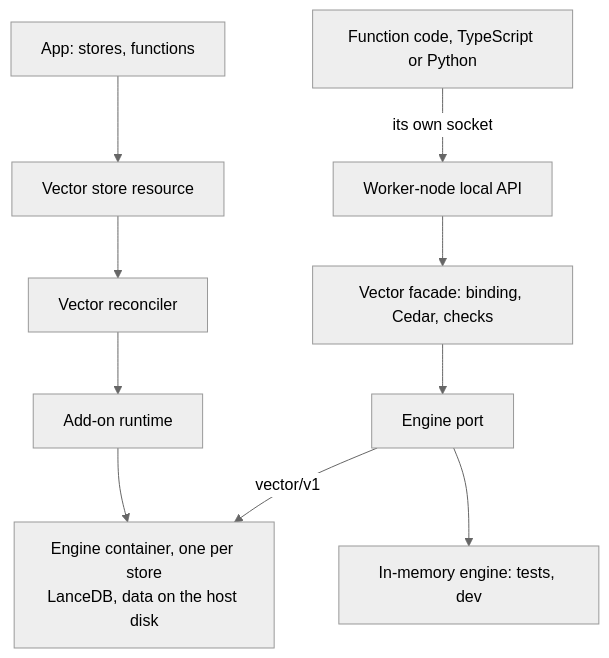
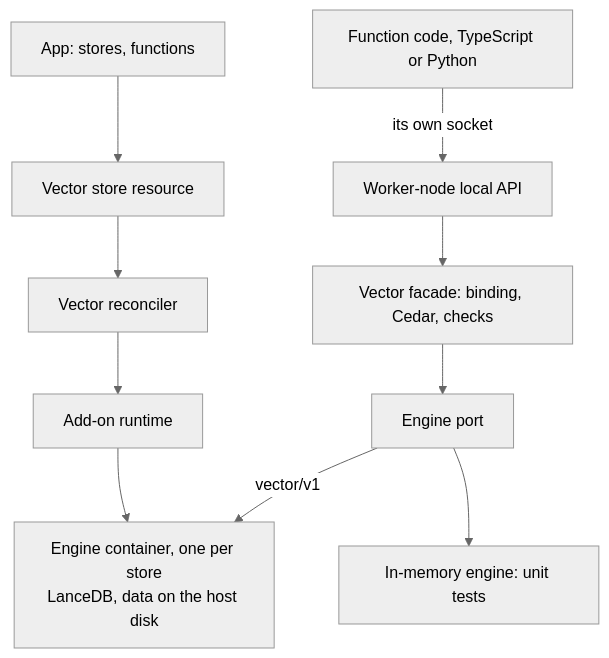
Before and after one commit to jay23606/funcd: the second of 2 diagrams in docs/feat/0013-feat-vector.md, drawn with Mermaid (neutral theme). The commit also changed other lines of this file and 3 other files, not shown here.

First line of the commit message:
docs: dev runs the real LanceDB engine, and F201 embeds through an AI gateway (#1275)

````diff
--- a/docs/feat/0013-feat-vector.md
+++ b/docs/feat/0013-feat-vector.md
@@ -72,12 +74,12 @@
 ```mermaid
 flowchart TB
     APP["App: stores, functions"] --> VS["Vector store resource"]
     VS --> REC["Vector reconciler"]
     REC --> RT["Add-on runtime"]
     RT --> ENG["Engine container, one per store<br/>LanceDB, data on the host disk"]
     FN["Function code, TypeScript or Python"] -->|"its own socket"| API["Worker-node local API"]
     API --> PEP["Vector facade: binding, Cedar, checks"]
     PEP --> PORT["Engine port"]
     PORT -->|"vector/v1"| ENG
-    PORT --> MEM["In-memory engine: tests, dev"]
+    PORT --> MEM["In-memory engine: unit tests"]
 ```
````
